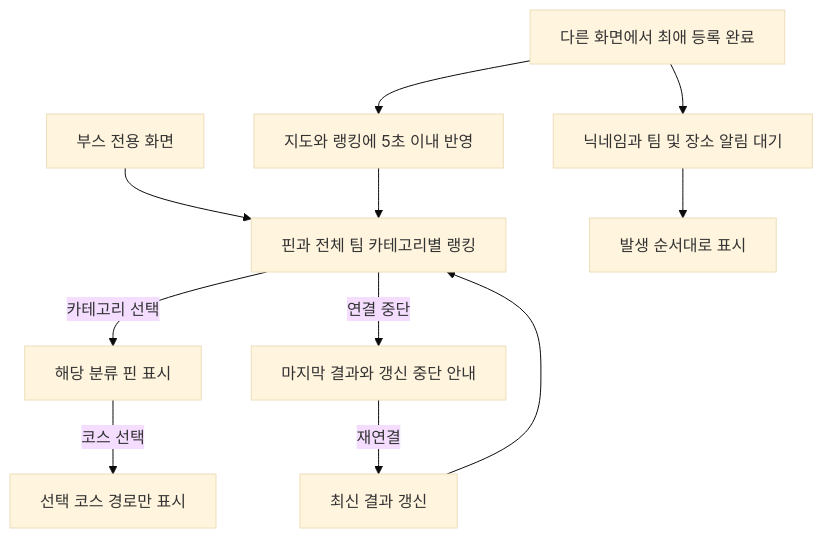
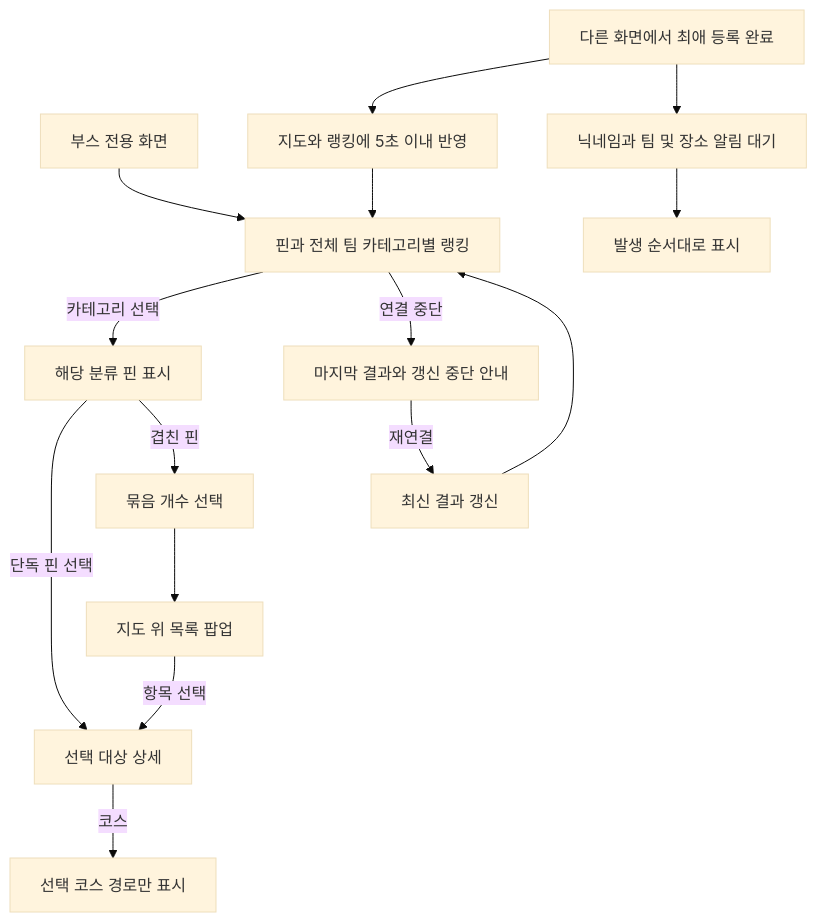
Before and after one commit to tunggary/it-center-food-map: the diagram in docs/2-user-story/booth.md, drawn with Mermaid (base theme). The commit also changed other lines of this file and 16 other files, not shown here.

````diff
--- a/docs/2-user-story/booth.md
+++ b/docs/2-user-story/booth.md
@@ -52,13 +53,17 @@
 ```mermaid
 flowchart TD
     openScreen["부스 전용 화면"] --> mapView["핀과 전체 팀 카테고리별 랭킹"]
     mapView -->|"카테고리 선택"| filter["해당 분류 핀 표시"]
-    filter -->|"코스 선택"| route["선택 코스 경로만 표시"]
+    filter -->|"단독 핀 선택"| detail["선택 대상 상세"]
+    filter -->|"겹친 핀"| cluster["묶음 개수 선택"]
+    cluster --> popup["지도 위 목록 팝업"]
+    popup -->|"항목 선택"| detail
+    detail -->|"코스"| route["선택 코스 경로만 표시"]
     registered["다른 화면에서 최애 등록 완료"] --> update["지도와 랭킹에 5초 이내 반영"]
     registered --> queue["닉네임과 팀 및 장소 알림 대기"]
     queue --> notify["발생 순서대로 표시"]
     update --> mapView
     mapView -->|"연결 중단"| stale["마지막 결과와 갱신 중단 안내"]
     stale -->|"재연결"| latest["최신 결과 갱신"]
     latest --> mapView
 ```
````
